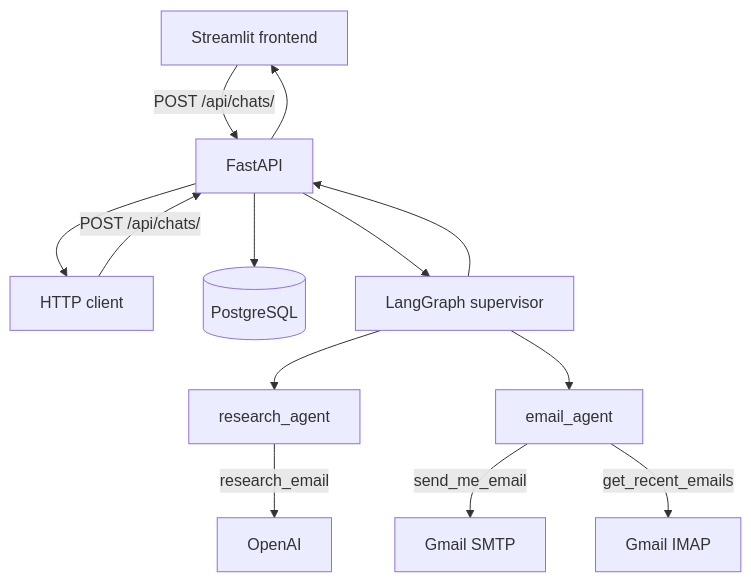
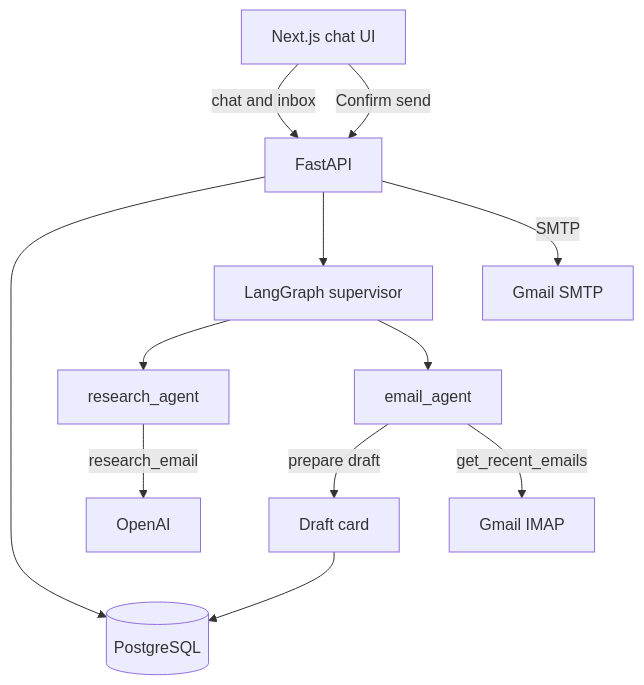
Before and after one commit to OtnielGomes/Portifolio--AI-Engineering--Data-Science: the diagram in projects/ai-agent-email-docker.md, drawn with Mermaid. The commit also changed other lines of this file and 26 other files, not shown here.

Commit message:
docs: update email agent page for next.js and draft confirmation

````diff
--- a/projects/ai-agent-email-docker.md
+++ b/projects/ai-agent-email-docker.md
@@ -29,15 +29,14 @@
 ```mermaid
 flowchart TB
-    UI[Streamlit frontend] -->|POST /api/chats/| API[FastAPI]
-    Client[HTTP client] -->|POST /api/chats/| API
+    UI[Next.js chat UI] -->|chat and inbox| API[FastAPI]
     API --> DB[(PostgreSQL)]
     API --> Supervisor[LangGraph supervisor]
     Supervisor --> Research[research_agent]
     Supervisor --> Email[email_agent]
     Research -->|research_email| LLM[OpenAI]
-    Email -->|send_me_email| SMTP[Gmail SMTP]
+    Email -->|prepare draft| Draft[Draft card]
     Email -->|get_recent_emails| IMAP[Gmail IMAP]
-    Supervisor --> API
-    API --> UI
-    API --> Client
+    Draft --> DB
+    UI -->|"Confirm send"| API
+    API -->|SMTP| GmailSMTP[Gmail SMTP]
 ```
````
